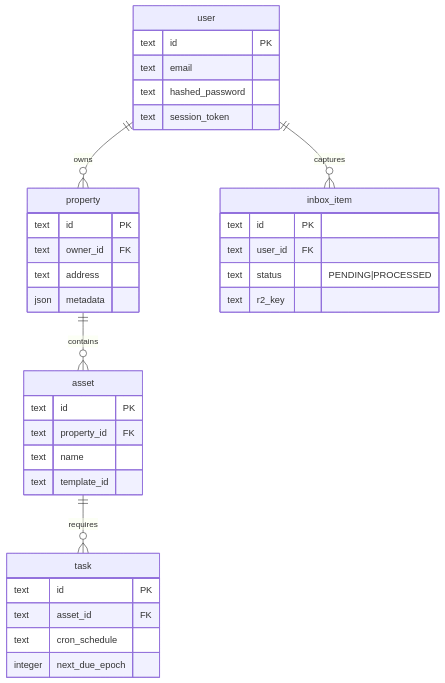
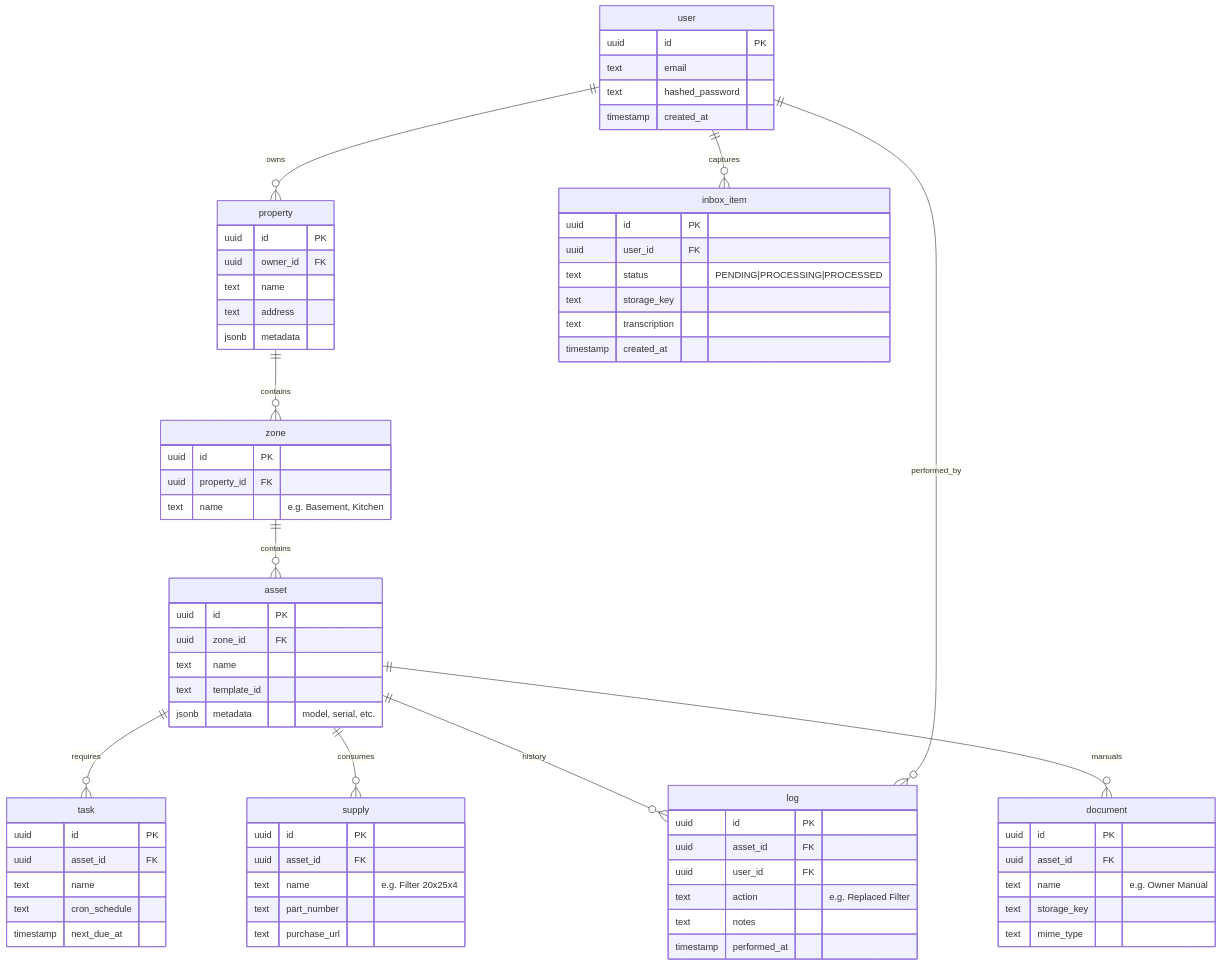
One commit to abdihashii/haven changed the third of 3 diagrams in docs/architecture.md. Above: the diagram before and after it, drawn with Mermaid. The commit also changed other lines of this file and 1 other file, not shown here.

Commit message:
docs: update architecture and product spec documents to reflect new system design, user flows, and technical stack changes

````diff
--- a/docs/architecture.md
+++ b/docs/architecture.md
@@ -123,42 +190,83 @@
 ```mermaid
 erDiagram
     user {
-        text id PK
+        uuid id PK
         text email
         text hashed_password
-        text session_token
+        timestamp created_at
     }
 
     property {
-        text id PK
-        text owner_id FK
+        uuid id PK
+        uuid owner_id FK
+        text name
         text address
-        json metadata
+        jsonb metadata
+    }
+
+    zone {
+        uuid id PK
+        uuid property_id FK
+        text name "e.g. Basement, Kitchen"
     }
 
     asset {
-        text id PK
-        text property_id FK
+        uuid id PK
+        uuid zone_id FK
         text name
         text template_id
+        jsonb metadata "model, serial, etc."
     }
 
     task {
-        text id PK
-        text asset_id FK
+        uuid id PK
+        uuid asset_id FK
+        text name
         text cron_schedule
-        integer next_due_epoch
+        timestamp next_due_at
+    }
+
+    supply {
+        uuid id PK
+        uuid asset_id FK
+        text name "e.g. Filter 20x25x4"
+        text part_number
+        text purchase_url
+    }
+
+    log {
+        uuid id PK
+        uuid asset_id FK
+        uuid user_id FK
+        text action "e.g. Replaced Filter"
+        text notes
+        timestamp performed_at
+    }
+
+    document {
+        uuid id PK
+        uuid asset_id FK
+        text name "e.g. Owner Manual"
+        text storage_key
+        text mime_type
     }
 
     inbox_item {
-        text id PK
-        text user_id FK
-        text status "PENDING|PROCESSED"
-        text r2_key
+        uuid id PK
+        uuid user_id FK
+        text status "PENDING|PROCESSING|PROCESSED"
+        text storage_key
+        text transcription
+        timestamp created_at
     }
 
     user ||--o{ property : owns
-    property ||--o{ asset : contains
+    property ||--o{ zone : contains
+    zone ||--o{ asset : contains
     asset ||--o{ task : requires
+    asset ||--o{ supply : consumes
+    asset ||--o{ log : history
+    asset ||--o{ document : manuals
     user ||--o{ inbox_item : captures
+    user ||--o{ log : performed_by
 ```
````
